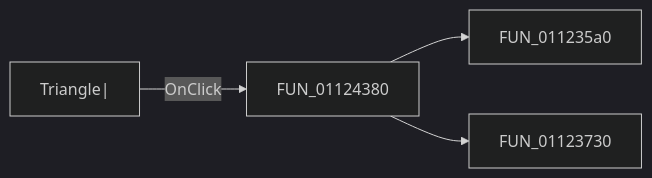
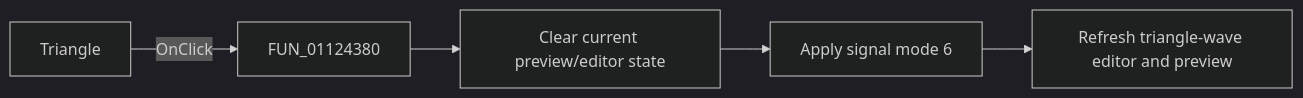
One commit to MovGP0/TIARA changed the diagram in docs/ui-controls/signaleditordlg/sbtntriangle-1807758817.md. Above: the diagram before and after it, drawn with Mermaid (dark theme). The commit also changed other lines of this file and 1062 other files, not shown here.

````diff
--- a/docs/ui-controls/signaleditordlg/sbtntriangle-1807758817.md
+++ b/docs/ui-controls/signaleditordlg/sbtntriangle-1807758817.md
@@ -27,6 +32,7 @@
 ```mermaid
 flowchart LR
-    control["Triangle|"] -->|OnClick| handler["FUN_01124380"]
-    handler --> call1["FUN_011235a0"]
-    handler --> call2["FUN_01123730"]
+    control["Triangle"] -->|"OnClick"| handler["FUN_01124380"]
+    handler --> clear["Clear current preview/editor state"]
+    clear --> select["Apply signal mode 6"]
+    select --> refresh["Refresh triangle-wave editor and preview"]
 ```
````
